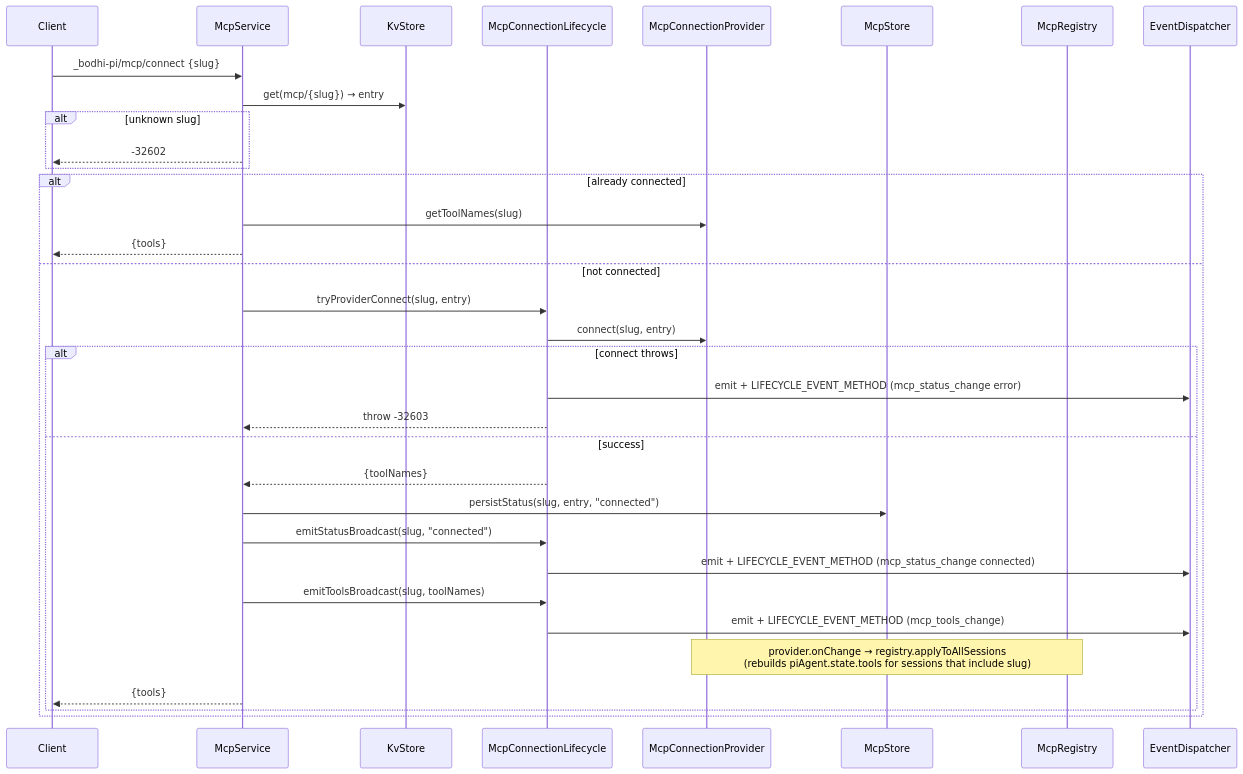
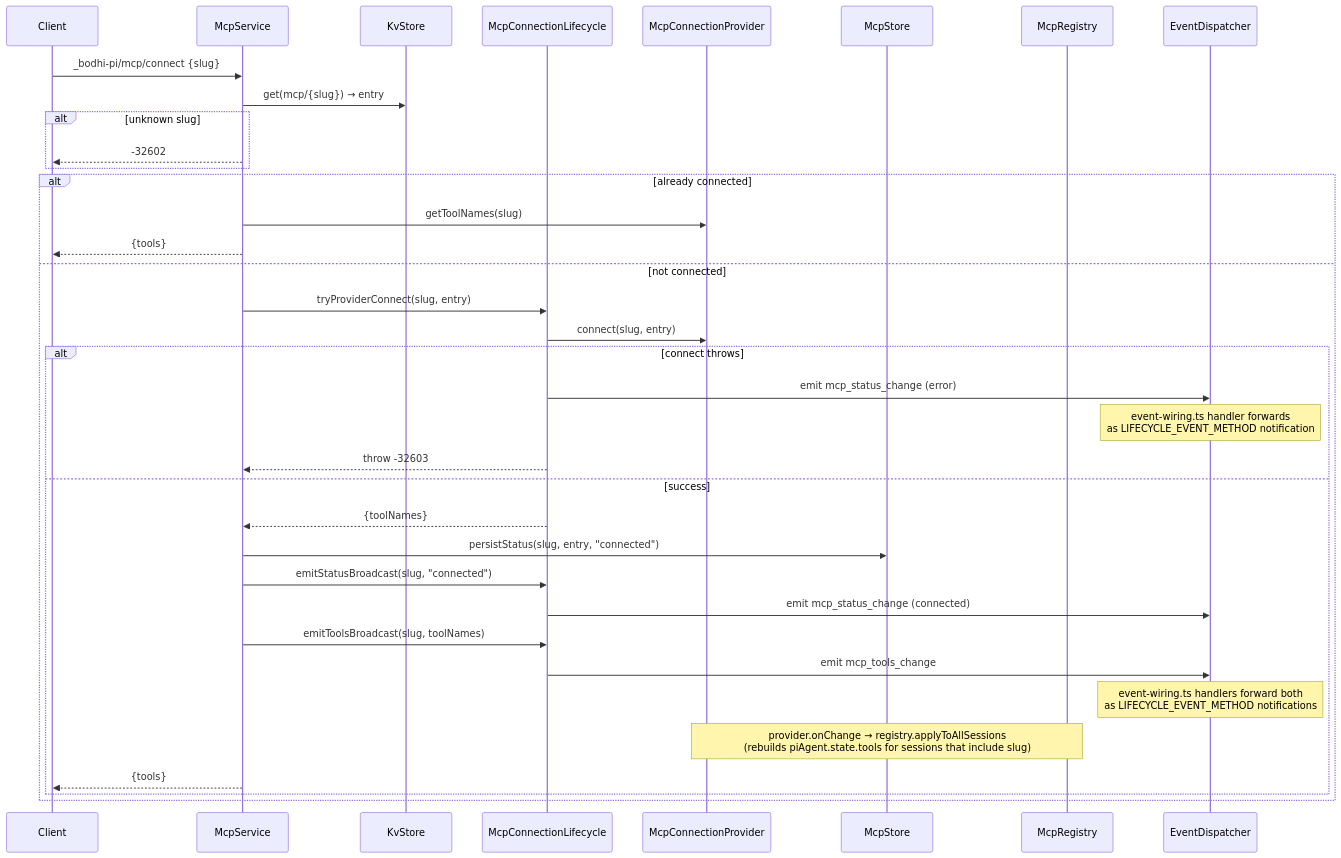
Before and after one commit to anagri/pi-mono: the third of 5 diagrams in ai-docs/specs/bodhi-pi/acp.md, drawn with Mermaid. The commit also changed other lines of this file and 4 other files, not shown here.

First line of the commit message:
D10: unify wire-bound event mapping through event-wiring.ts

````diff
--- a/ai-docs/specs/bodhi-pi/acp.md
+++ b/ai-docs/specs/bodhi-pi/acp.md
@@ -188,37 +188,39 @@
 ```mermaid
 sequenceDiagram
   participant C as Client
   participant M as McpService
   participant KV as KvStore
   participant L as McpConnectionLifecycle
   participant P as McpConnectionProvider
   participant S as McpStore
   participant R as McpRegistry
   participant ED as EventDispatcher
 
   C->>M: _bodhi-pi/mcp/connect {slug}
   M->>KV: get(mcp/{slug}) → entry
   alt unknown slug
     M-->>C: -32602
   end
   alt already connected
     M->>P: getToolNames(slug)
     M-->>C: {tools}
   else not connected
     M->>L: tryProviderConnect(slug, entry)
     L->>P: connect(slug, entry)
     alt connect throws
-      L->>ED: emit + LIFECYCLE_EVENT_METHOD (mcp_status_change error)
+      L->>ED: emit mcp_status_change (error)
+      Note over ED: event-wiring.ts handler forwards<br/>as LIFECYCLE_EVENT_METHOD notification
       L-->>M: throw -32603
     else success
       L-->>M: {toolNames}
       M->>S: persistStatus(slug, entry, "connected")
       M->>L: emitStatusBroadcast(slug, "connected")
-      L->>ED: emit + LIFECYCLE_EVENT_METHOD (mcp_status_change connected)
+      L->>ED: emit mcp_status_change (connected)
       M->>L: emitToolsBroadcast(slug, toolNames)
-      L->>ED: emit + LIFECYCLE_EVENT_METHOD (mcp_tools_change)
+      L->>ED: emit mcp_tools_change
+      Note over ED: event-wiring.ts handlers forward both<br/>as LIFECYCLE_EVENT_METHOD notifications
       Note over P,R: provider.onChange → registry.applyToAllSessions<br/>(rebuilds piAgent.state.tools for sessions that include slug)
       M-->>C: {tools}
     end
   end
 ```
````
